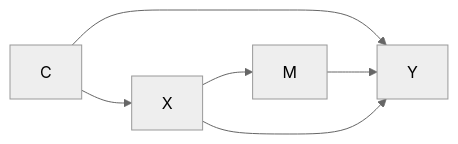
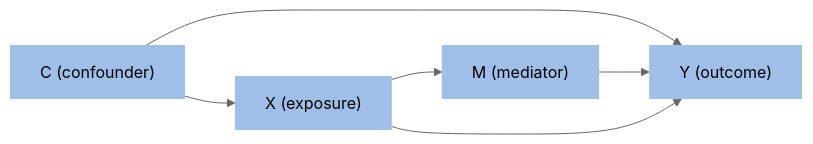
The fourth of 8 diagrams in chapters/05_02_building_dags.qmd (jpkelley/ZOO5500), drawn with Mermaid (neutral theme) before and after one commit. The commit also changed other lines of this file and 36 other files, not shown here.

````diff
--- a/chapters/05_02_building_dags.qmd
+++ b/chapters/05_02_building_dags.qmd
@@ -204,8 +207,10 @@
 ```{mermaid}
 flowchart LR
-  C --> X
-  C --> Y
-  X --> M
+  C["C (confounder)"]:::node --> X["X (exposure)"]:::node
+  C --> Y["Y (outcome)"]:::node
+  X --> M["M (mediator)"]:::node
   M --> Y
   X --> Y
+
+  classDef node fill:#9fbfe8,color:#000,stroke-width:0px;
 ```
````
